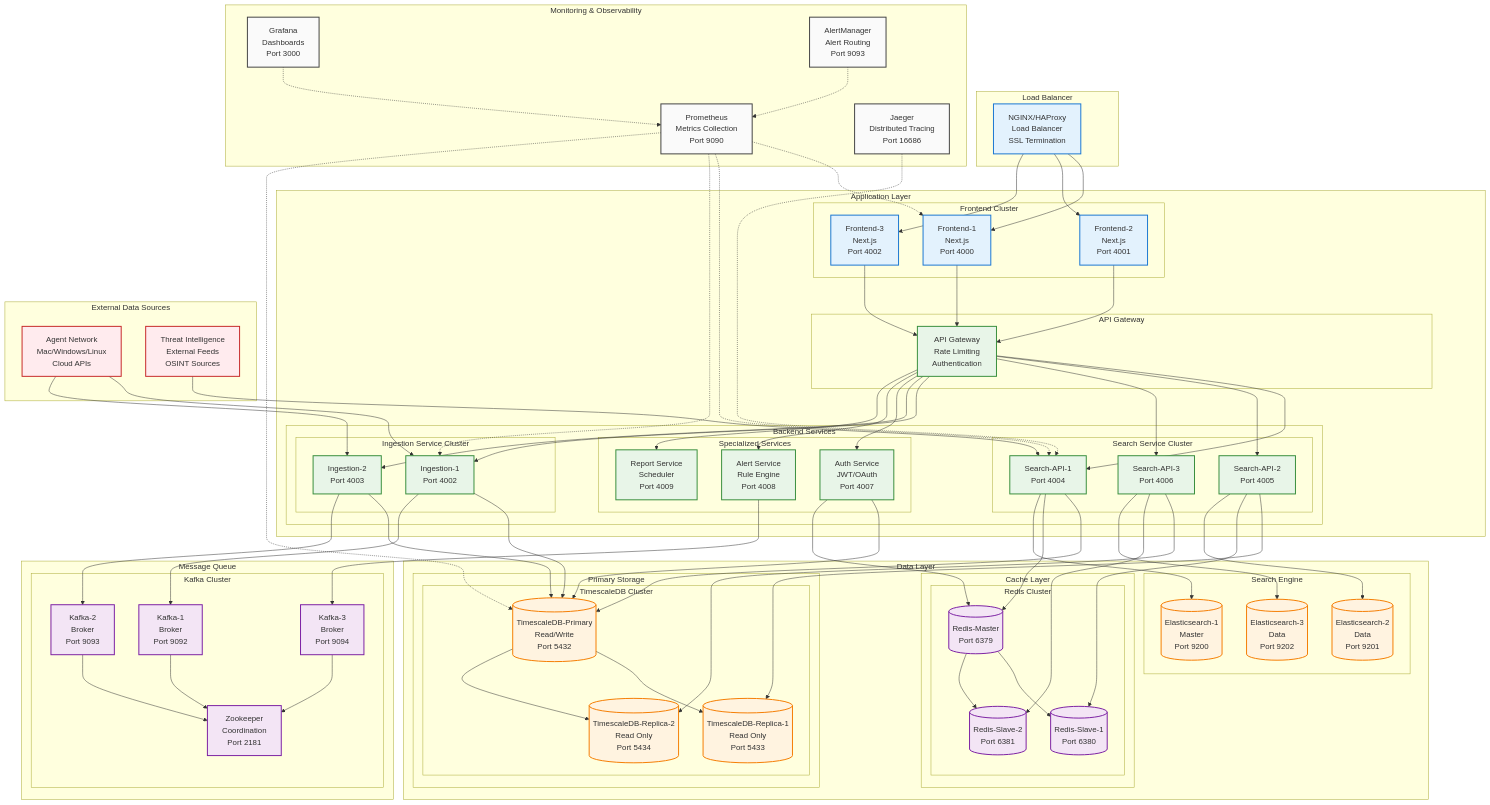
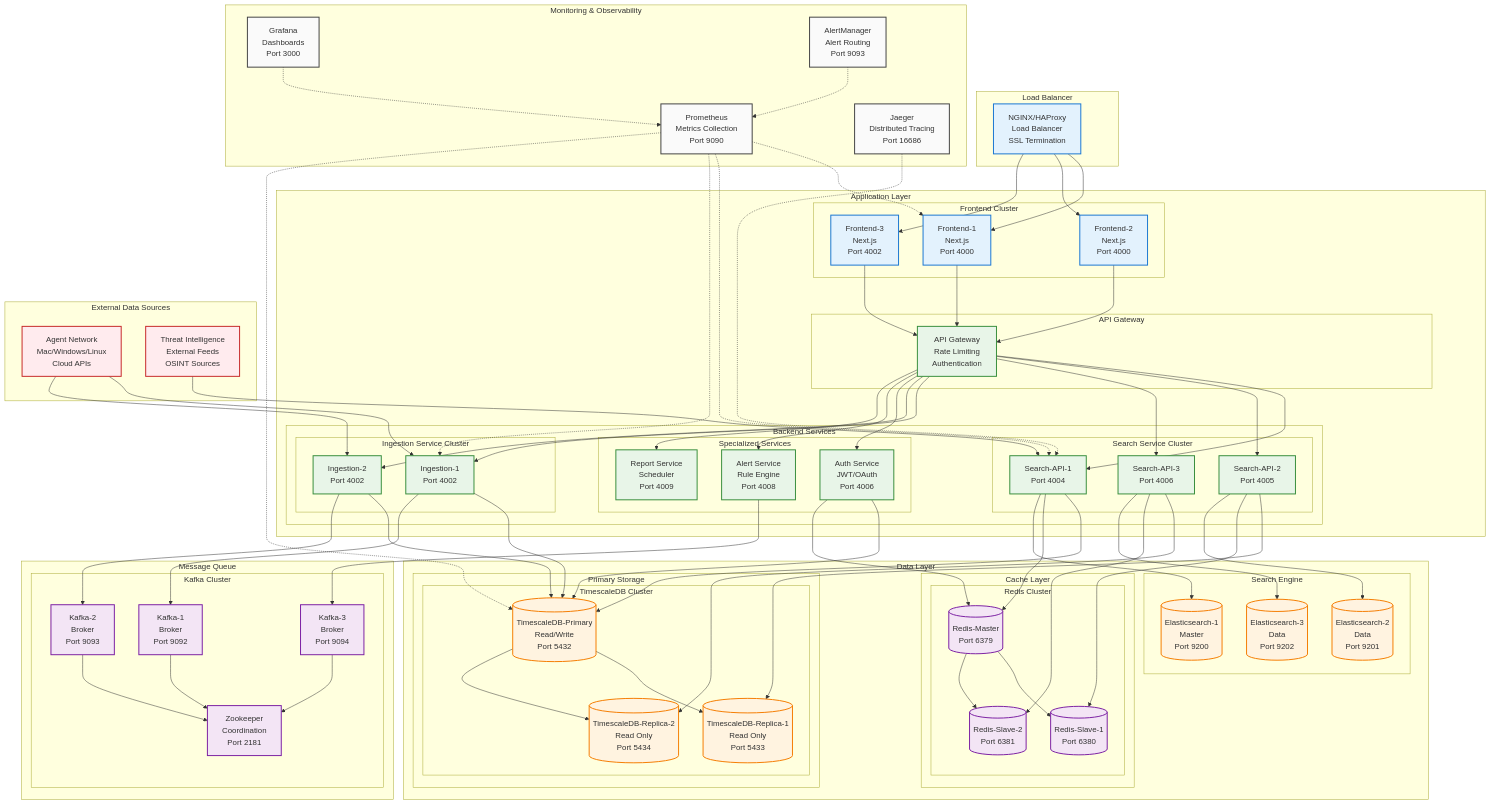
One commit to itrimble/SecureWatch changed the fifth of 9 diagrams in docs/ERD_VISUAL_DIAGRAMS.md. Above: the diagram before and after it, drawn with Mermaid. The commit also changed 18 other files, not shown here.

```diff
--- a/docs/ERD_VISUAL_DIAGRAMS.md
+++ b/docs/ERD_VISUAL_DIAGRAMS.md
@@ -542,7 +542,7 @@
     subgraph "Application Layer"
         subgraph "Frontend Cluster"
             FE1[Frontend-1<br/>Next.js<br/>Port 4000]
-            FE2[Frontend-2<br/>Next.js<br/>Port 4001]
+            FE2[Frontend-2<br/>Next.js<br/>Port 4000]
             FE3[Frontend-3<br/>Next.js<br/>Port 4002]
         end
         
@@ -559,11 +559,11 @@
             
             subgraph "Ingestion Service Cluster"
                 IN1[Ingestion-1<br/>Port 4002]
-                IN2[Ingestion-2<br/>Port 4003]
+                IN2[Ingestion-2<br/>Port 4002]
             end
             
             subgraph "Specialized Services"
-                AUTH[Auth Service<br/>JWT/OAuth<br/>Port 4007]
+                AUTH[Auth Service<br/>JWT/OAuth<br/>Port 4006]
                 ALERT[Alert Service<br/>Rule Engine<br/>Port 4008]
                 REPORT[Report Service<br/>Scheduler<br/>Port 4009]
             end
```
